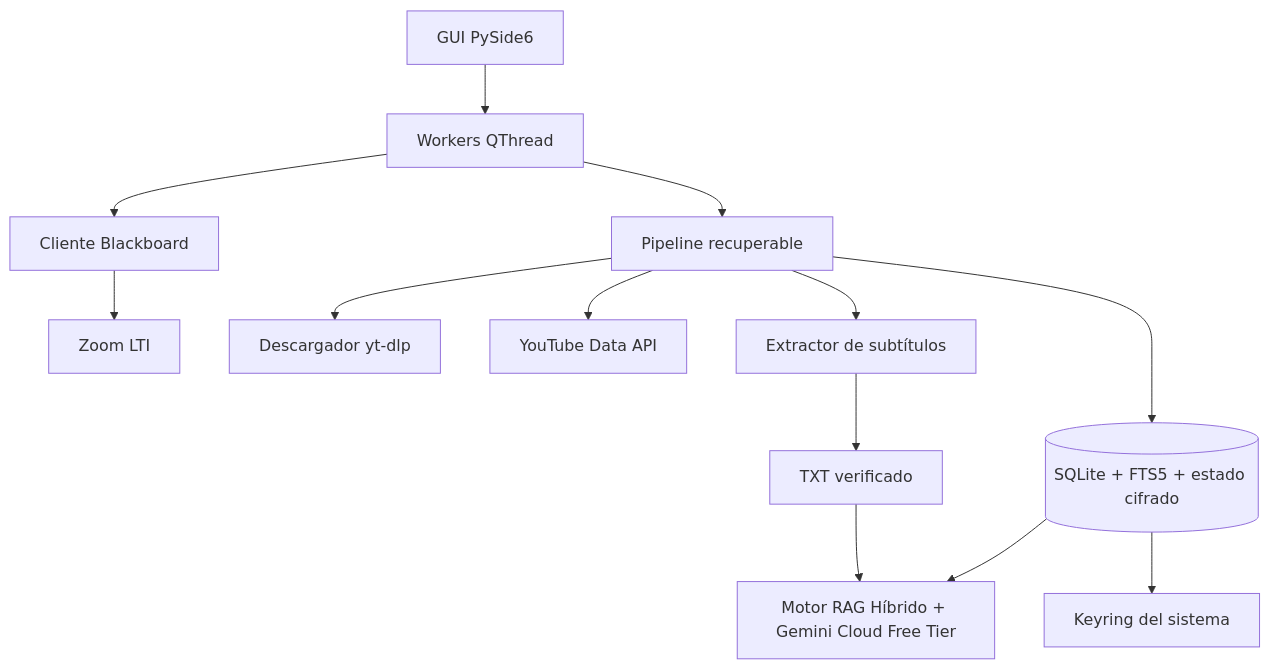
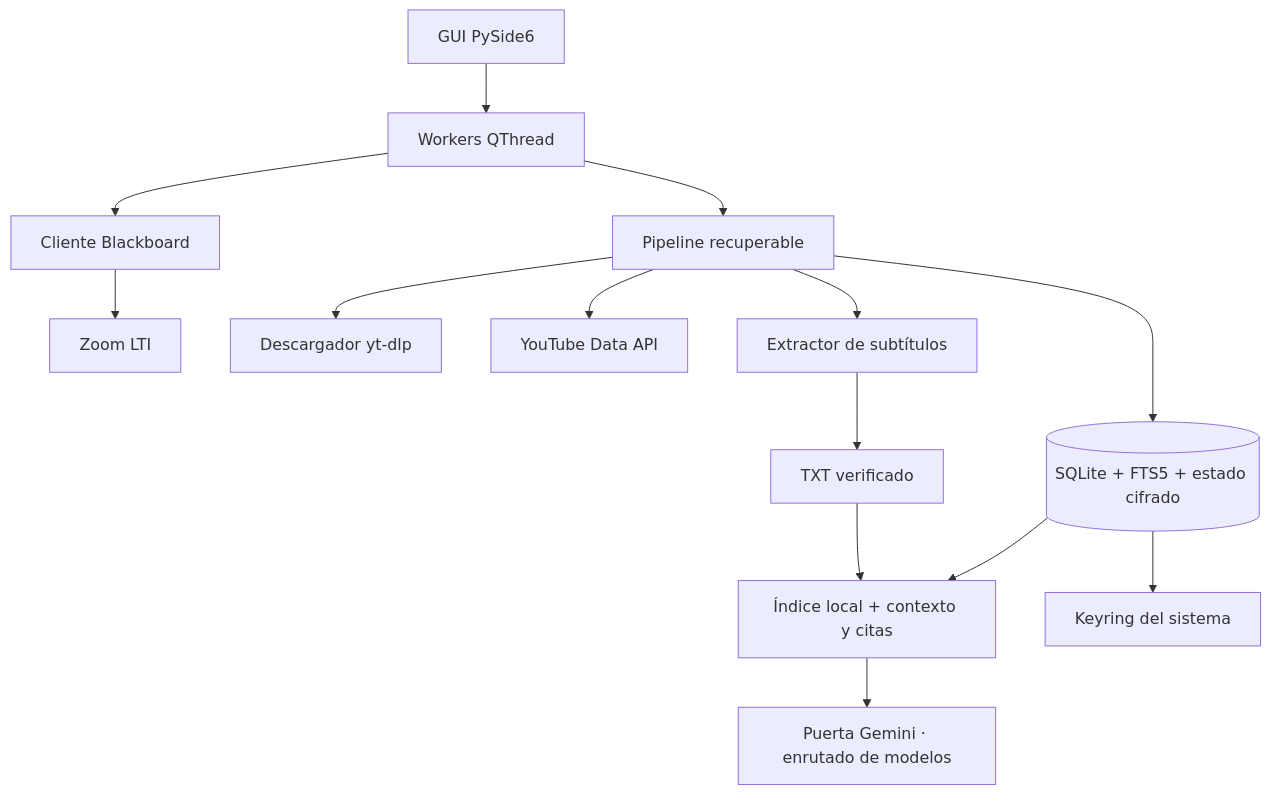
The diagram in docs/ARCHITECTURE.md (MACOABC/Zoom2TXT), drawn with Mermaid before and after one commit. The commit also changed other lines of this file and 26 other files, not shown here.

````diff
--- a/docs/ARCHITECTURE.md
+++ b/docs/ARCHITECTURE.md
@@ -7,15 +7,16 @@
 ```mermaid
 flowchart TB
     GUI[GUI PySide6] --> Workers[Workers QThread]
     Workers --> Pipeline[Pipeline recuperable]
     Workers --> Blackboard[Cliente Blackboard]
     Blackboard --> Zoom[Zoom LTI]
     Pipeline --> Downloader[Descargador yt-dlp]
     Pipeline --> YouTube[YouTube Data API]
     Pipeline --> Captions[Extractor de subtítulos]
     Pipeline --> Store[(SQLite + FTS5 + estado cifrado)]
     Captions --> Files[TXT verificado]
-    Files --> RAG[Motor RAG Híbrido + Gemini Cloud Free Tier]
+    Files --> RAG[Índice local + contexto y citas]
     Store --> RAG
+    RAG --> Gateway[Puerta Gemini · enrutado de modelos]
     Store --> Keyring[Keyring del sistema]
 ```
````
